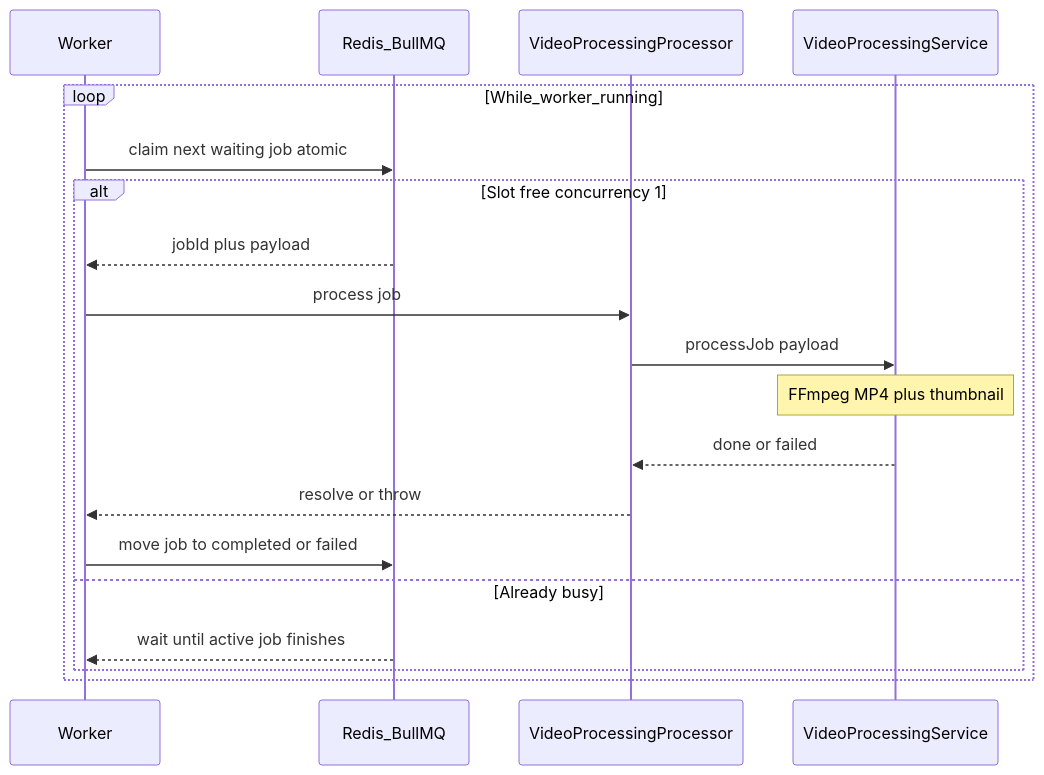
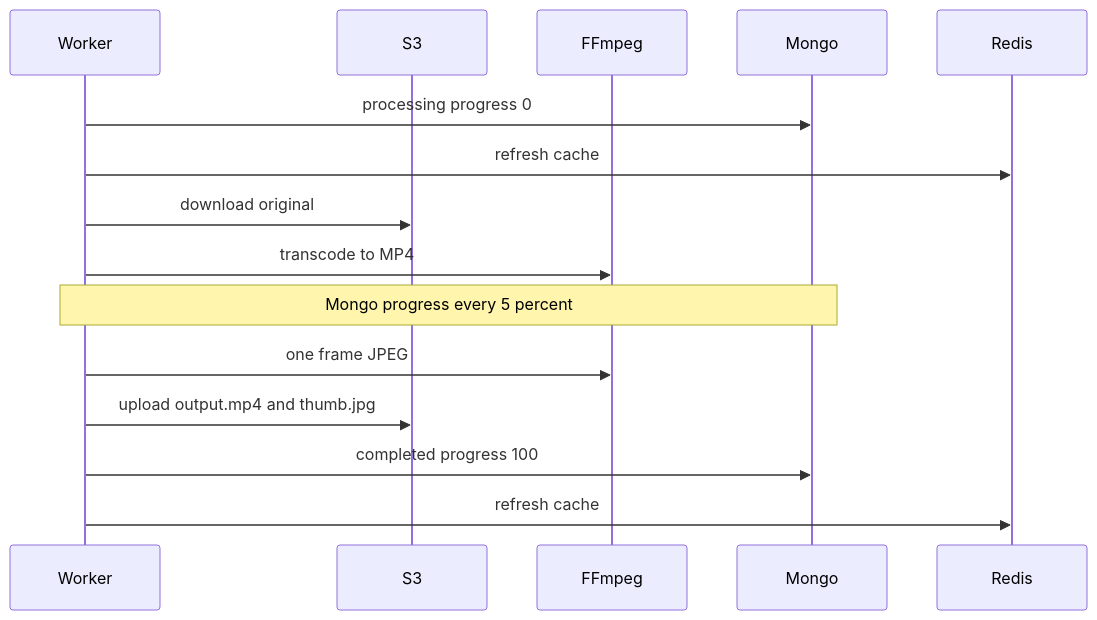
The fifth of 6 diagrams in README.md (Shivanshsri15/VideoProcessing), drawn with Mermaid before and after one commit. The commit also changed other lines of this file and 1 other file, not shown here.

````diff
--- a/README.md
+++ b/README.md
@@ -556,22 +292,18 @@
 ```mermaid
 sequenceDiagram
   participant W as Worker
-  participant Redis as Redis_BullMQ
-  participant P as VideoProcessingProcessor
-  participant S as VideoProcessingService
+  participant S3 as S3
+  participant FF as FFmpeg
+  participant M as Mongo
+  participant R as Redis
 
-  loop While_worker_running
-    W->>Redis: claim next waiting job atomic
-    alt Slot free concurrency 1
-      Redis-->>W: jobId plus payload
-      W->>P: process job
-      P->>S: processJob payload
-      Note over S: FFmpeg MP4 plus thumbnail
-      S-->>P: done or failed
-      P-->>W: resolve or throw
-      W->>Redis: move job to completed or failed
-    else Already busy
-      Redis-->>W: wait until active job finishes
-    end
-  end
+  W->>M: processing progress 0
+  W->>R: refresh cache
+  W->>S3: download original
+  W->>FF: transcode to MP4
+  Note over W,M: Mongo progress every 5 percent
+  W->>FF: one frame JPEG
+  W->>S3: upload output.mp4 and thumb.jpg
+  W->>M: completed progress 100
+  W->>R: refresh cache
 ```
````
